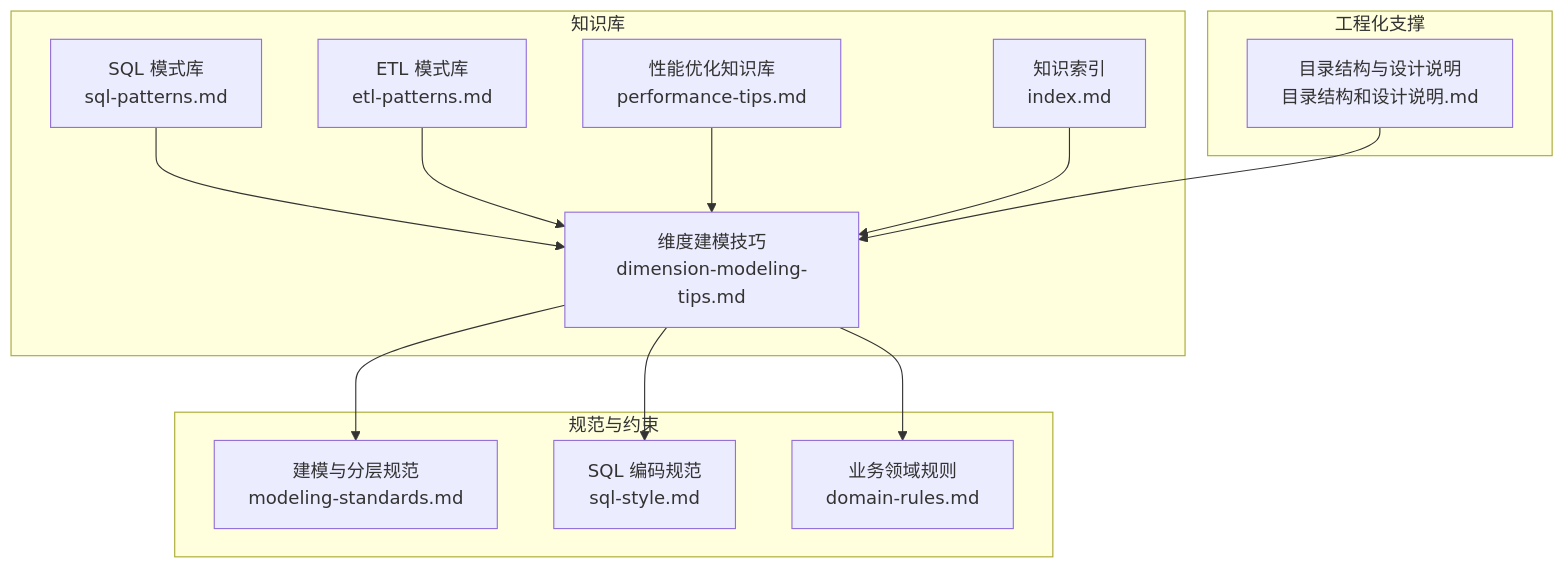
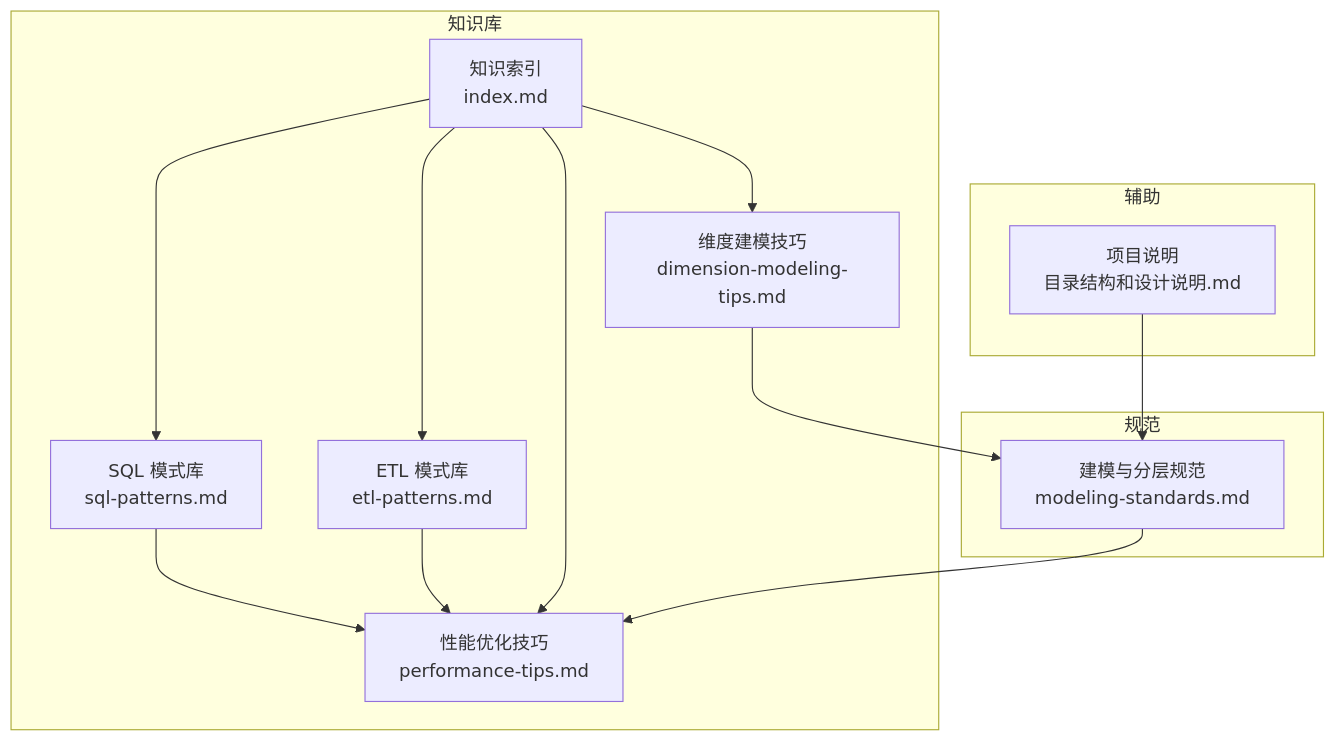
One commit to 13679659643/Data_Warehouse_Engineering changed the first of 6 diagrams in .qoder/repowiki/zh/content/知识库系统/维度建模技巧.md. Above: the diagram before and after it, drawn with Mermaid. The commit also changed other lines of this file and 88 other files, not shown here.

````diff
--- a/.qoder/repowiki/zh/content/知识库系统/维度建模技巧.md
+++ b/.qoder/repowiki/zh/content/知识库系统/维度建模技巧.md
@@ -34,26 +36,25 @@
 ```mermaid
 graph TB
 subgraph "知识库"
 DM["维度建模技巧<br/>dimension-modeling-tips.md"]
-SP["SQL 模式库<br/>sql-patterns.md"]
-EP["ETL 模式库<br/>etl-patterns.md"]
-PT["性能优化知识库<br/>performance-tips.md"]
+SQLP["SQL 模式库<br/>sql-patterns.md"]
+PERF["性能优化技巧<br/>performance-tips.md"]
+ETL["ETL 模式库<br/>etl-patterns.md"]
 IDX["知识索引<br/>index.md"]
 end
-subgraph "规范与约束"
-MS["建模与分层规范<br/>modeling-standards.md"]
-SS["SQL 编码规范<br/>sql-style.md"]
-DR["业务领域规则<br/>domain-rules.md"]
+subgraph "规范"
+STD["建模与分层规范<br/>modeling-standards.md"]
 end
-subgraph "工程化支撑"
-DOC["目录结构与设计说明<br/>目录结构和设计说明.md"]
+subgraph "辅助"
+DOC["项目说明<br/>目录结构和设计说明.md"]
 end
-DM --> MS
-DM --> SS
-DM --> DR
-SP --> DM
-EP --> DM
-PT --> DM
+DM --> STD
+SQLP --> PERF
+ETL --> PERF
 IDX --> DM
-DOC --> DM
+IDX --> SQLP
+IDX --> PERF
+IDX --> ETL
+STD --> PERF
+DOC --> STD
 ```
````
